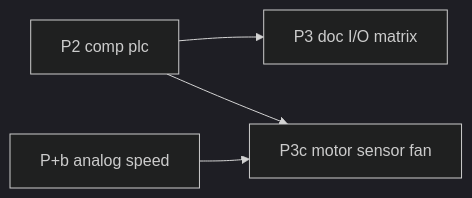
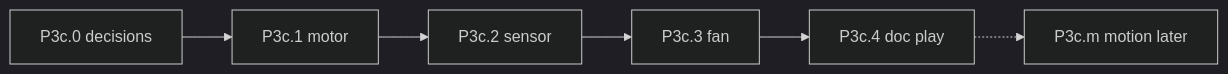
Before and after one commit to epsislow/logic-algebra-js: the third of 5 diagrams in library/logTscript/.cursor/plans/comp_plc.plan.md, drawn with Mermaid (dark theme). The commit also changed other lines of this file and 20 other files, not shown here.

````diff
--- a/library/logTscript/.cursor/plans/comp_plc.plan.md
+++ b/library/logTscript/.cursor/plans/comp_plc.plan.md
@@ -944,10 +962,11 @@
 ```mermaid
 flowchart LR
-  P2[P2 comp plc]
-  P3[P3 doc I/O matrix]
-  P3c[P3c motor sensor fan]
-  Pb[P+b analog speed]
-  P2 --> P3
-  P2 --> P3c
-  Pb --> P3c
+  P3c0[P3c.0 decisions]
+  P3c1[P3c.1 motor]
+  P3c2[P3c.2 sensor]
+  P3c3[P3c.3 fan]
+  P3c4[P3c.4 doc play]
+  P3cm[P3c.m motion later]
+  P3c0 --> P3c1 --> P3c2 --> P3c3 --> P3c4
+  P3c4 -.-> P3cm
 ```
````
